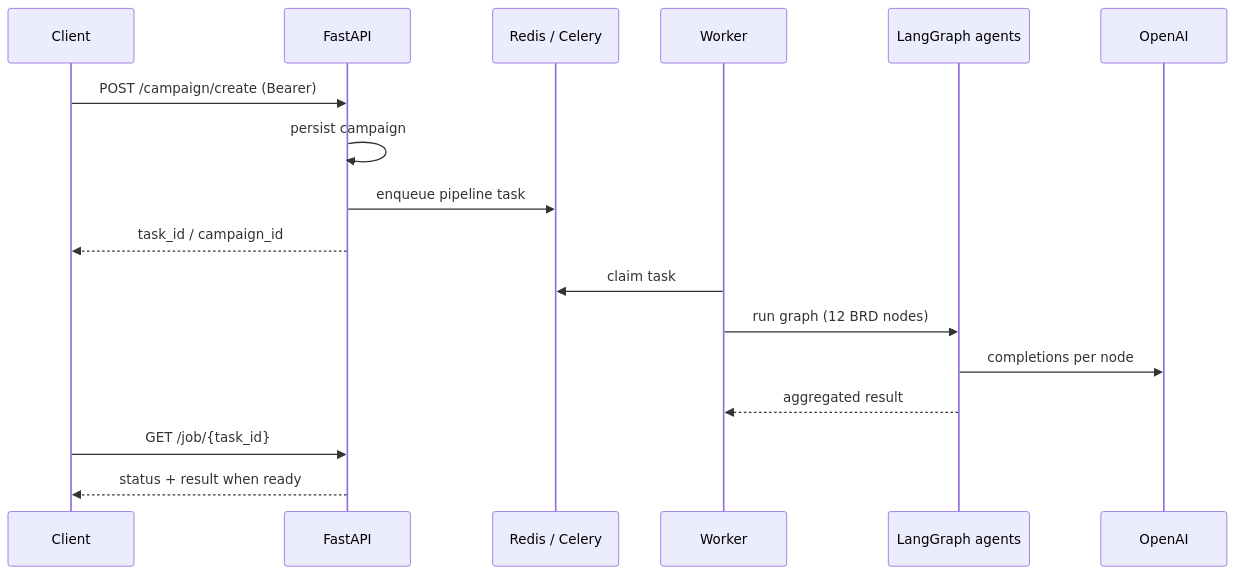
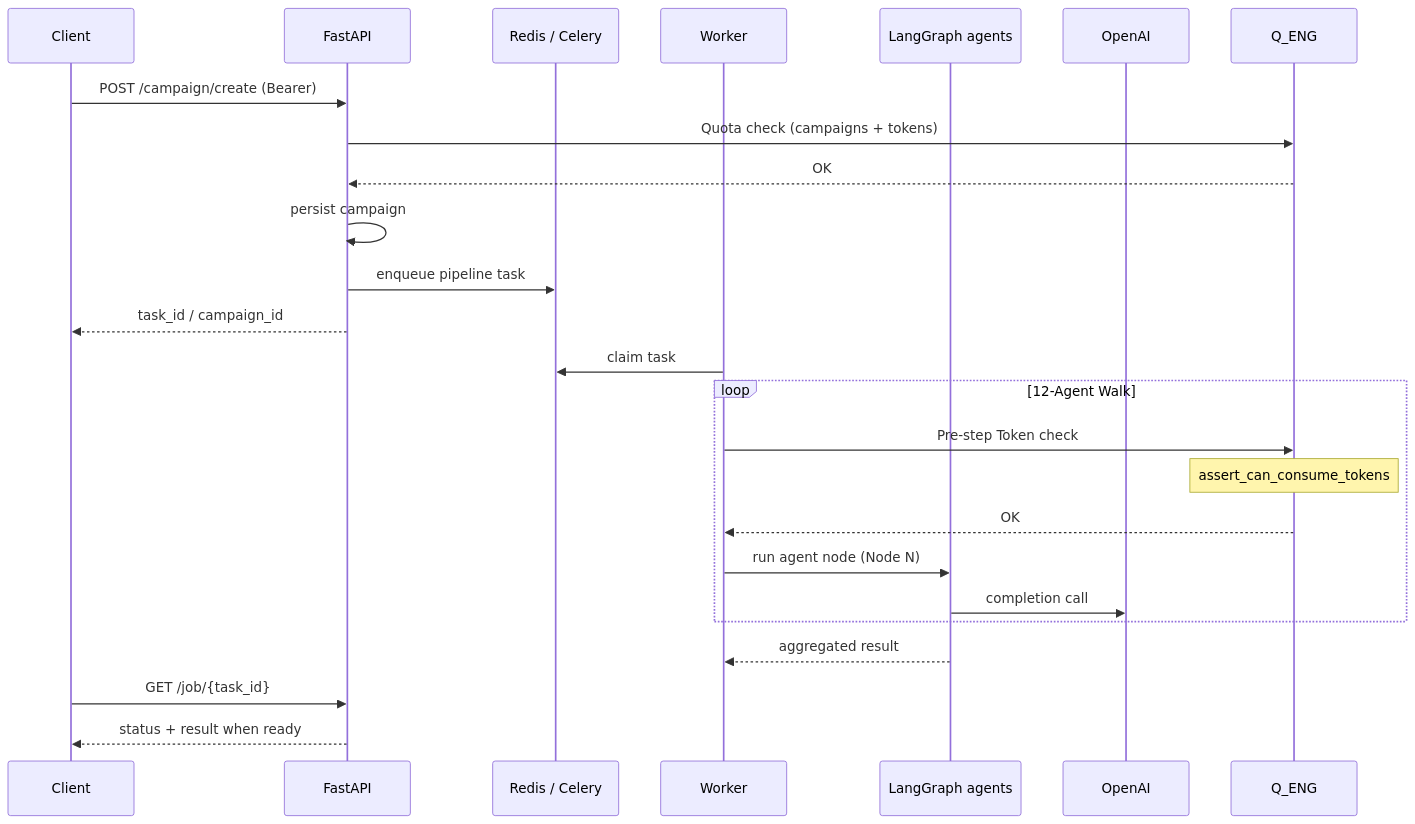
One commit to pranaya-mathur/AIMOS changed the third of 7 diagrams in README.md. Above: the diagram before and after it, drawn with Mermaid. The commit also changed other lines of this file and 2 other files, not shown here.

````diff
--- a/README.md
+++ b/README.md
@@ -178,20 +184,27 @@
 ```mermaid
 sequenceDiagram
   participant Client
   participant API as FastAPI
   participant Q as Redis / Celery
   participant W as Worker
   participant G as LangGraph agents
   participant AI as OpenAI
 
   Client->>API: POST /campaign/create (Bearer)
+  API->>Q_ENG: Quota check (campaigns + tokens)
+  Q_ENG-->>API: OK
   API->>API: persist campaign
   API->>Q: enqueue pipeline task
   API-->>Client: task_id / campaign_id
   W->>Q: claim task
-  W->>G: run graph (12 BRD nodes)
-  G->>AI: completions per node
+  loop 12-Agent Walk
+    W->>Q_ENG: Pre-step Token check
+    Note over Q_ENG: assert_can_consume_tokens
+    Q_ENG-->>W: OK
+    W->>G: run agent node (Node N)
+    G->>AI: completion call
+  end
   G-->>W: aggregated result
   Client->>API: GET /job/{task_id}
   API-->>Client: status + result when ready
 ```
````
